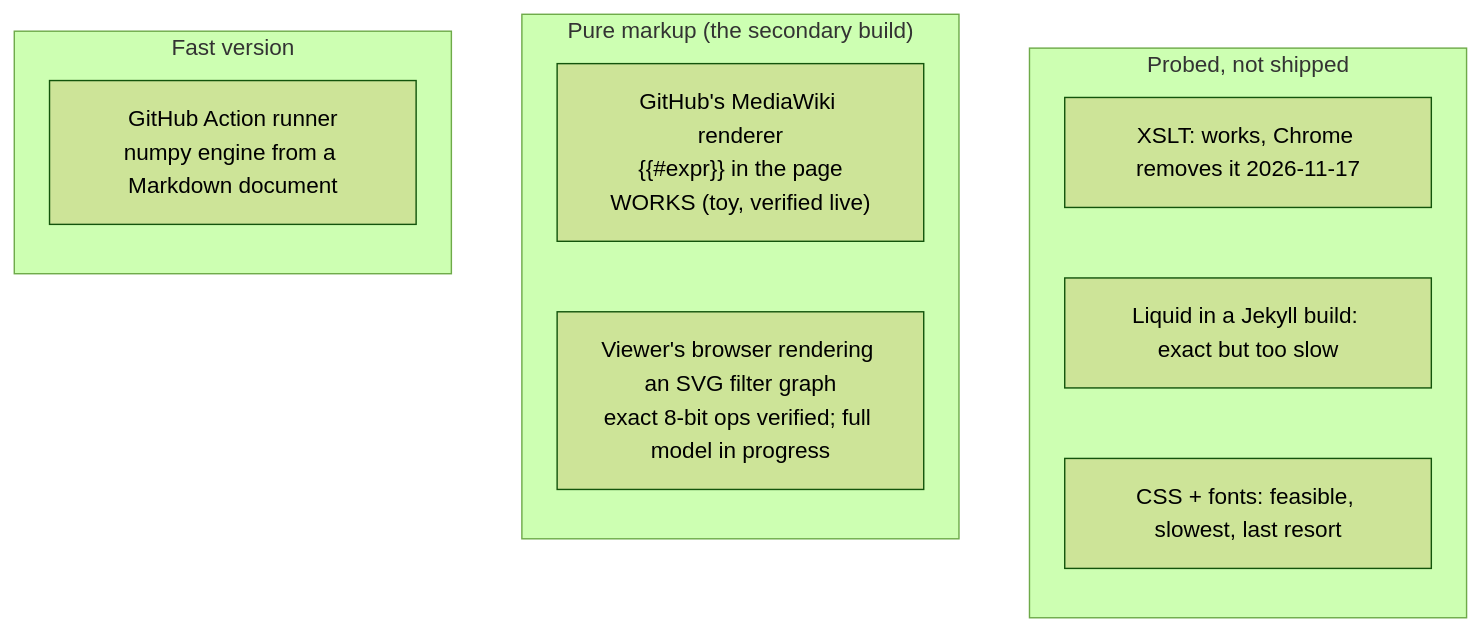
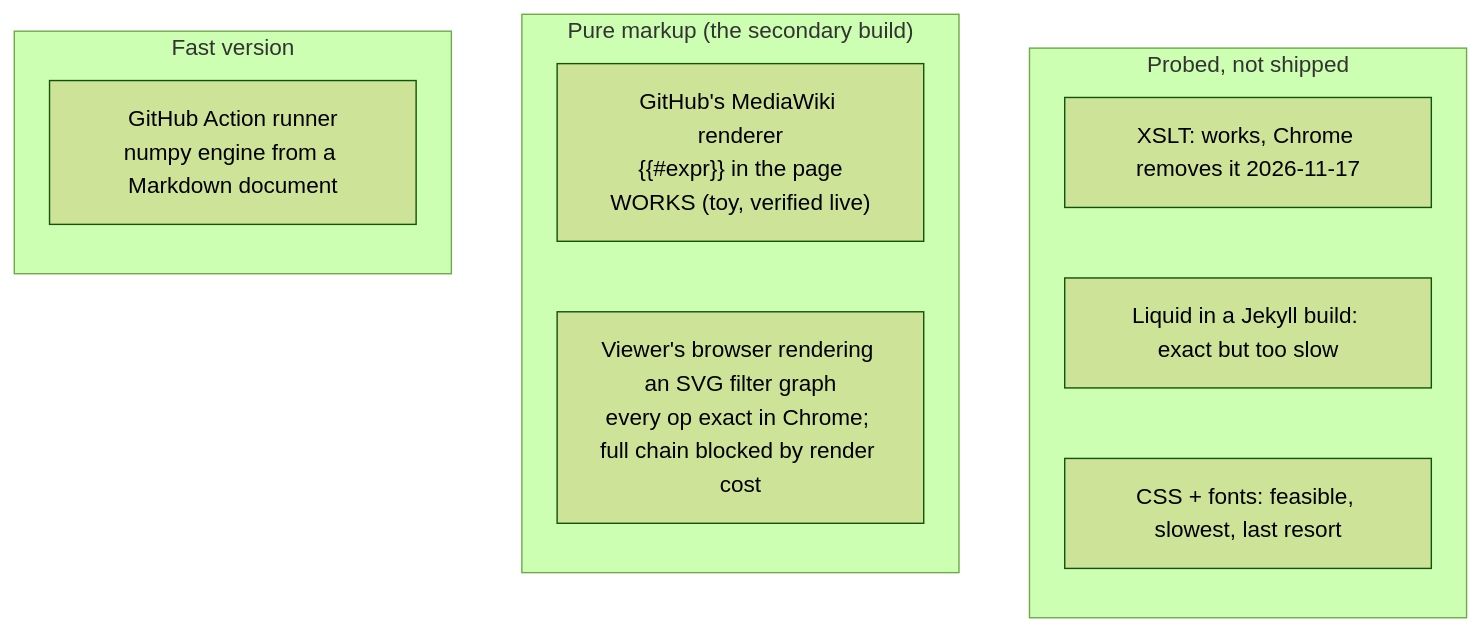
Before and after one commit to Bobliuuu/readme-lm: the third of 4 diagrams in README.md, drawn with Mermaid (forest theme). The commit also changed other lines of this file and 2 other files, not shown here.

First line of the commit message:
docs: report the real SVG-filter result and the retrained precision

````diff
--- a/README.md
+++ b/README.md
@@ -63,17 +63,17 @@
 ```mermaid
 flowchart LR
     subgraph fast["Fast version"]
         A1["GitHub Action runner<br/>numpy engine from a Markdown document"]
     end
     subgraph pure["Pure markup (the secondary build)"]
         M1["GitHub's MediaWiki renderer<br/>{{#expr}} in the page<br/>WORKS (toy, verified live)"]
-        S1["Viewer's browser rendering an SVG filter graph<br/>exact 8-bit ops verified; full model in progress"]
+        S1["Viewer's browser rendering an SVG filter graph<br/>every op exact in Chrome; full chain blocked by render cost"]
     end
     subgraph probed["Probed, not shipped"]
         X["XSLT: works, Chrome removes it 2026-11-17"]
         L["Liquid in a Jekyll build: exact but too slow"]
         C["CSS + fonts: feasible, slowest, last resort"]
     end
     A1 ~~~ M1
     M1 ~~~ X
 ```
````
